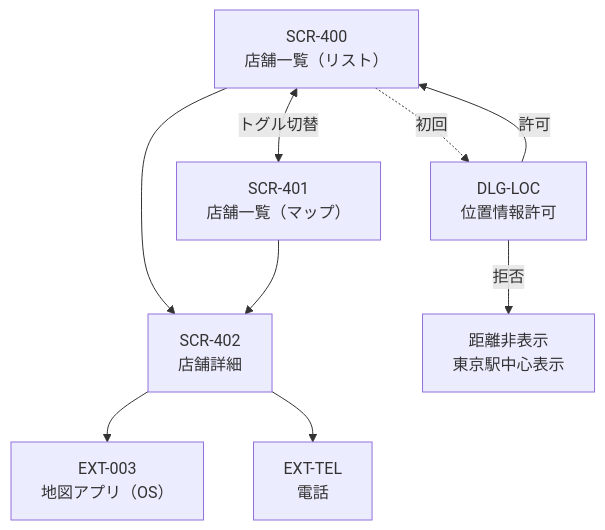
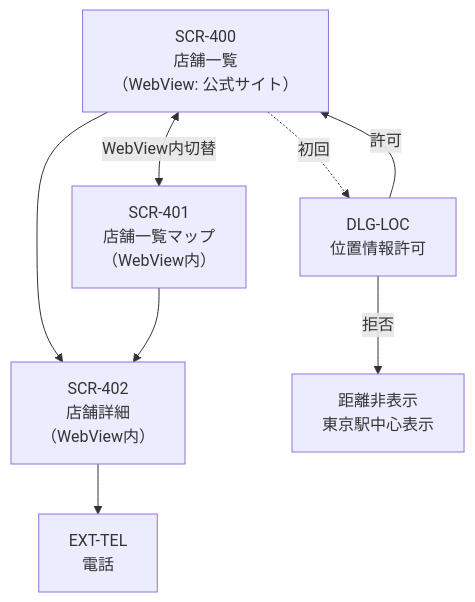
Before and after one commit to YukaHasebe/bi-su-app: the tenth of 17 diagrams in docs/04_画面遷移図.md, drawn with Mermaid. The commit also changed other lines of this file and 7 other files, not shown here.

First line of the commit message:
docs: アーキテクチャ反映 — 認証=楽楽/データ=Snowflake/店舗=WebView/画像ソース/バーコード=顧客ID

````diff
--- a/docs/04_画面遷移図.md
+++ b/docs/04_画面遷移図.md
@@ -273,11 +273,10 @@
 ```mermaid
 flowchart TD
-    A["SCR-400\n店舗一覧（リスト）"] <-->|トグル切替| B["SCR-401\n店舗一覧（マップ）"]
-    A --> C["SCR-402\n店舗詳細"]
+    A["SCR-400\n店舗一覧\n（WebView: 公式サイト）"] <-->|WebView内切替| B["SCR-401\n店舗一覧マップ\n（WebView内）"]
+    A --> C["SCR-402\n店舗詳細\n（WebView内）"]
     B --> C
-    C --> D["EXT-003\n地図アプリ（OS）"]
     C --> E["EXT-TEL\n電話"]
     A -.->|初回| F["DLG-LOC\n位置情報許可"]
     F -->|許可| A
     F -->|拒否| G["距離非表示\n東京駅中心表示"]
 ```
````
